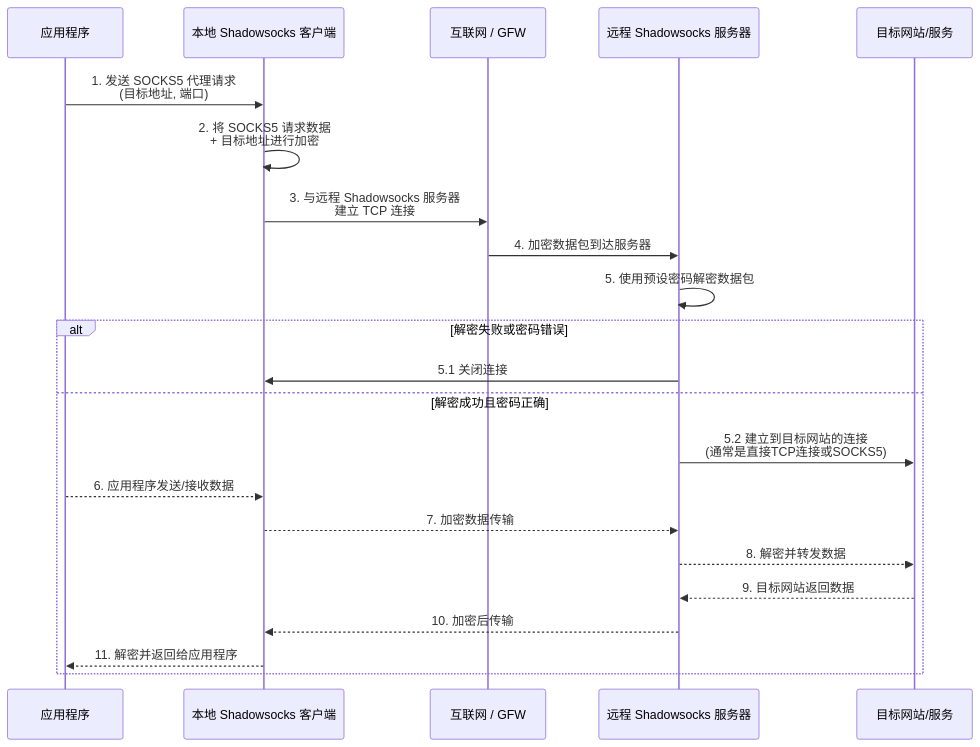
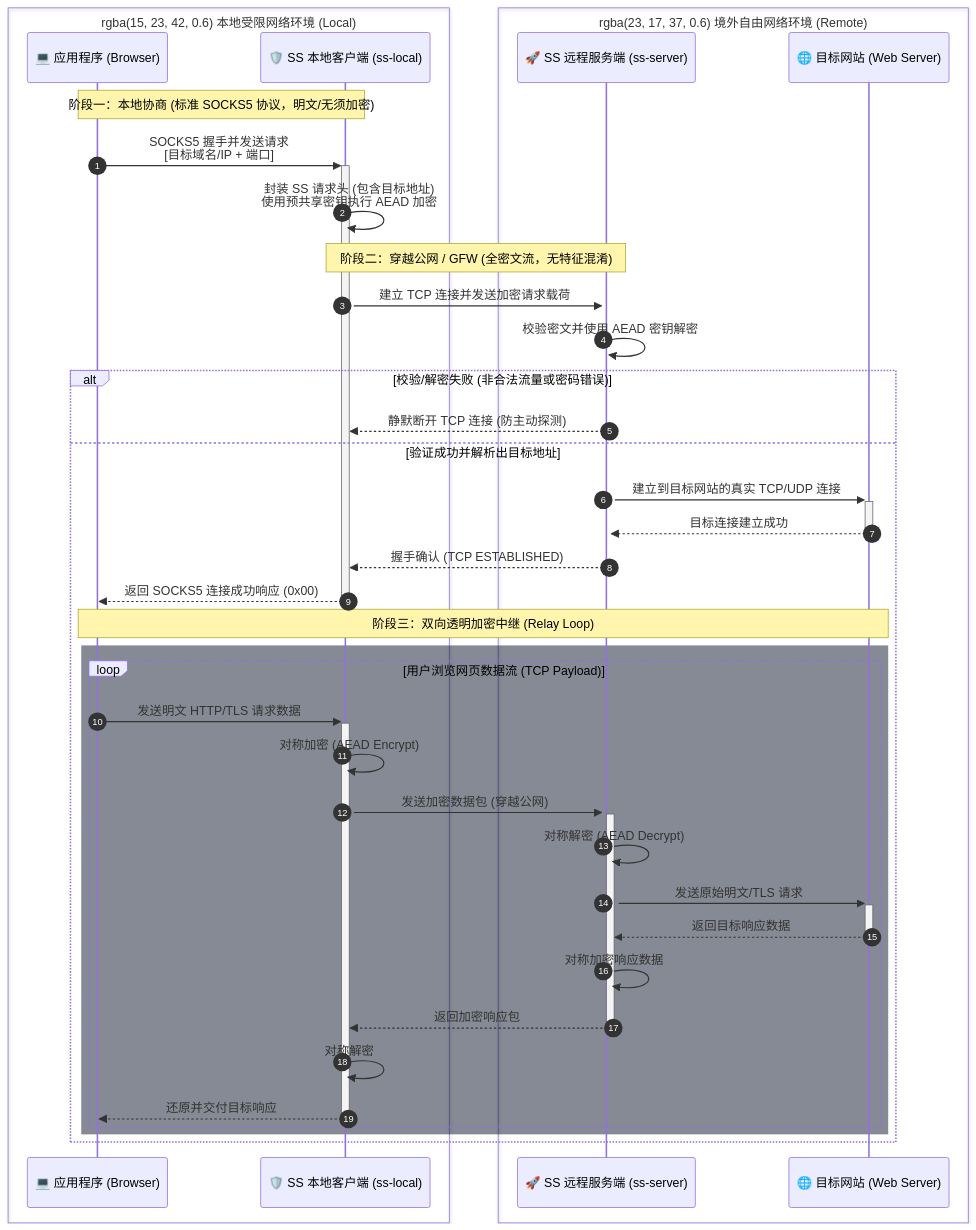
Before and after one commit to teatang/t-blog: the diagram in source/_posts/2023/2023-07-03_Shadowsocks(SS)详解：轻量级加密代理协议.md, drawn with Mermaid. The commit also changed 11 other files, not shown here.

```diff
--- a/source/_posts/2023/2023-07-03_Shadowsocks(SS)详解：轻量级加密代理协议.md
+++ b/source/_posts/2023/2023-07-03_Shadowsocks(SS)详解：轻量级加密代理协议.md
@@ -61,25 +61,52 @@
 {% mermaid %}
 sequenceDiagram
-    participant App as 应用程序
-    participant Local_SS as 本地 Shadowsocks 客户端
-    participant Internet as 互联网 / GFW
-    participant Remote_SS as 远程 Shadowsocks 服务器
-    participant Target as 目标网站/服务
+    autonumber
 
-    App->>Local_SS: 1. 发送 SOCKS5 代理请求 <br/>(目标地址, 端口)
-    Local_SS->>Local_SS: 2. 将 SOCKS5 请求数据 <br/>+ 目标地址进行加密
-    Local_SS->>Internet: 3. 与远程 Shadowsocks 服务器 <br/>建立 TCP 连接
-    Internet->>Remote_SS: 4. 加密数据包到达服务器
-    Remote_SS->>Remote_SS: 5. 使用预设密码解密数据包
-    alt 解密失败或密码错误
-        Remote_SS->>Local_SS: 5.1 关闭连接
-    else 解密成功且密码正确
-        Remote_SS->>Target: 5.2 建立到目标网站的连接 <br/>(通常是直接TCP连接或SOCKS5)
-        App-->>Local_SS: 6. 应用程序发送/接收数据
-        Local_SS-->>Remote_SS: 7. 加密数据传输
-        Remote_SS-->>Target: 8. 解密并转发数据
-        Target-->>Remote_SS: 9. 目标网站返回数据
-        Remote_SS-->>Local_SS: 10. 加密后传输
-        Local_SS-->>App: 11. 解密并返回给应用程序
+    box rgba(15, 23, 42, 0.6) 本地受限网络环境 (Local)
+        participant App as 💻 应用程序 (Browser)
+        participant Local_SS as 🛡️ SS 本地客户端 (ss-local)
+    end
+
+    box rgba(23, 17, 37, 0.6) 境外自由网络环境 (Remote)
+        participant Remote_SS as 🚀 SS 远程服务端 (ss-server)
+        participant Target as 🌐 目标网站 (Web Server)
+    end
+
+    %% 阶段 1: SOCKS5 本地握手与代理请求
+    Note over App,Local_SS: 阶段一：本地协商 (标准 SOCKS5 协议，明文/无须加密)
+    App->>+Local_SS: SOCKS5 握手并发送请求<br/>[目标域名/IP + 端口]
+    Local_SS->>Local_SS: 封装 SS 请求头 (包含目标地址)<br/>使用预共享密钥执行 AEAD 加密
+
+    %% 阶段 2: 穿越公网与服务端解密
+    Note over Local_SS,Remote_SS: 阶段二：穿越公网 / GFW (全密文流，无特征混淆)
+    Local_SS->>+Remote_SS: 建立 TCP 连接并发送加密请求载荷
+
+    Remote_SS->>Remote_SS: 校验密文并使用 AEAD 密钥解密
+    
+    alt 校验/解密失败 (非合法流量或密码错误)
+        Remote_SS-->>Local_SS: 静默断开 TCP 连接 (防主动探测)
+    else 验证成功并解析出目标地址
+        Remote_SS->>+Target: 建立到目标网站的真实 TCP/UDP 连接
+        Target-->>-Remote_SS: 目标连接建立成功
+        Remote_SS-->>Local_SS: 握手确认 (TCP ESTABLISHED)
+        Local_SS-->>-App: 返回 SOCKS5 连接成功响应 (0x00)
+
+        %% 阶段 3: 双向数据透传中继
+        Note over App,Target: 阶段三：双向透明加密中继 (Relay Loop)
+        rect rgba(15, 23, 42, 0.5)
+            loop 用户浏览网页数据流 (TCP Payload)
+                App->>+Local_SS: 发送明文 HTTP/TLS 请求数据
+                Local_SS->>Local_SS: 对称加密 (AEAD Encrypt)
+                Local_SS->>+Remote_SS: 发送加密数据包 (穿越公网)
+                Remote_SS->>Remote_SS: 对称解密 (AEAD Decrypt)
+                Remote_SS->>+Target: 发送原始明文/TLS 请求
+                
+                Target-->>-Remote_SS: 返回目标响应数据
+                Remote_SS->>Remote_SS: 对称加密响应数据
+                Remote_SS-->>-Local_SS: 返回加密响应包
+                Local_SS->>Local_SS: 对称解密
+                Local_SS-->>-App: 还原并交付目标响应
+            end
+        end
     end
 {% endmermaid %}
```
